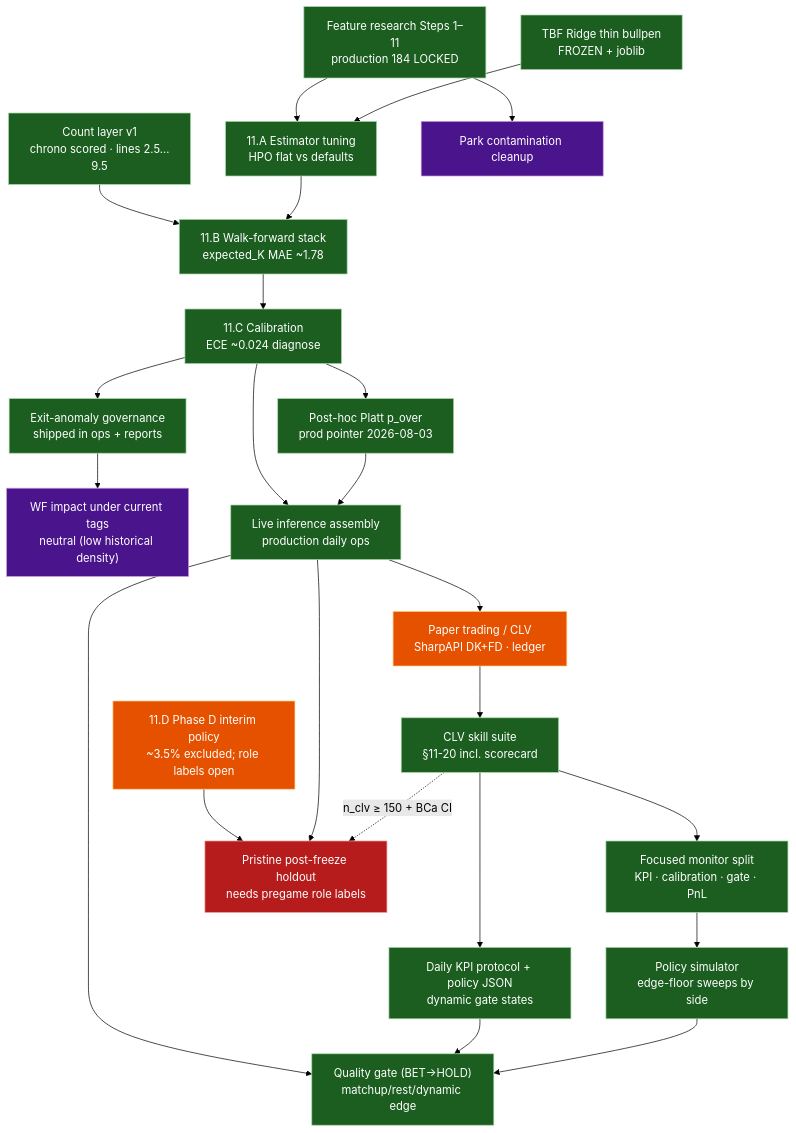
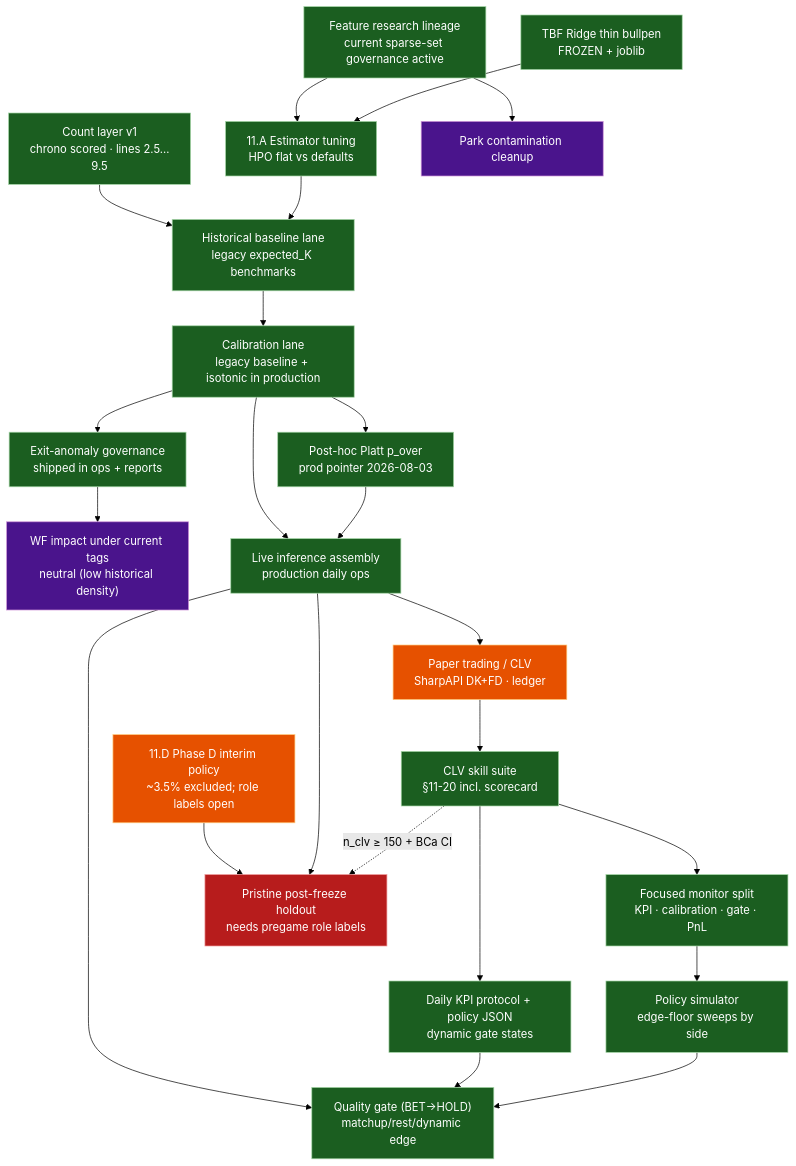
The diagram in docs/diagrams/04-roadmap.md (Cbkaplinger/MLB-Props), drawn with Mermaid (forest theme) before and after one commit. The commit also changed other lines of this file and 55 other files, not shown here.

First line of the commit message:
Refresh governance/docs structure and archive historical research snapshots.

````diff
--- a/docs/diagrams/04-roadmap.md
+++ b/docs/diagrams/04-roadmap.md
@@ -7,51 +11,51 @@
 ```mermaid
 flowchart TB
   classDef built fill:#1b5e20,stroke:#a5d6a7,color:#fff
   classDef partial fill:#e65100,stroke:#ffcc80,color:#fff
   classDef missing fill:#b71c1c,stroke:#ef9a9a,color:#fff
   classDef risk fill:#4a148c,stroke:#ce93d8,color:#fff
   classDef next fill:#01579b,stroke:#81d4fa,color:#fff
 
-  FEAT["Feature research Steps 1–11<br/>production 184 LOCKED"]:::built
+  FEAT["Feature research lineage<br/>current sparse-set governance active"]:::built
   TBF["TBF Ridge thin bullpen<br/>FROZEN + joblib"]:::built
   CNT["Count layer v1<br/>chrono scored · lines 2.5…9.5"]:::built
 
   TUNE["11.A Estimator tuning<br/>HPO flat vs defaults"]:::built
-  WF["11.B Walk-forward stack<br/>expected_K MAE ~1.78"]:::built
-  CAL["11.C Calibration<br/>ECE ~0.024 diagnose"]:::built
+  WF["Historical baseline lane<br/>legacy expected_K benchmarks"]:::built
+  CAL["Calibration lane<br/>legacy baseline + isotonic in production"]:::built
   PCAL["Post-hoc Platt p_over<br/>prod pointer 2026-08-03"]:::built
   PHD["11.D Phase D interim policy<br/>~3.5% excluded; role labels open"]:::partial
   ANOM["Exit-anomaly governance<br/>shipped in ops + reports"]:::built
   ANOMEFF["WF impact under current tags<br/>neutral (low historical density)"]:::risk
 
   LIVE["Live inference assembly<br/>production daily ops"]:::built
   MKT["Paper trading / CLV<br/>SharpAPI DK+FD · ledger"]:::partial
   SKILL["CLV skill suite<br/>§11-20 incl. scorecard"]:::built
   KPI["Daily KPI protocol + policy JSON<br/>dynamic gate states"]:::built
   SPLIT["Focused monitor split<br/>KPI · calibration · gate · PnL"]:::built
   PSIM["Policy simulator<br/>edge-floor sweeps by side"]:::built
   GATE["Quality gate (BET->HOLD)<br/>matchup/rest/dynamic edge"]:::built
   HOLD["Pristine post-freeze holdout<br/>needs pregame role labels"]:::missing
   PARK["Park contamination cleanup"]:::risk
 
   FEAT --> TUNE
   TBF --> TUNE
   CNT --> WF
   TUNE --> WF --> CAL
   CAL --> PCAL
   PHD --> HOLD
   CAL --> LIVE
   PCAL --> LIVE
   CAL --> ANOM --> ANOMEFF
   LIVE --> MKT
   LIVE --> GATE
   SKILL --> KPI
   SKILL --> SPLIT
   KPI --> GATE
   PSIM --> GATE
   SPLIT --> PSIM
   LIVE --> HOLD
   MKT --> SKILL
   SKILL -.->|"n_clv ≥ 150 + BCa CI"| HOLD
   FEAT --> PARK
 ```
````
